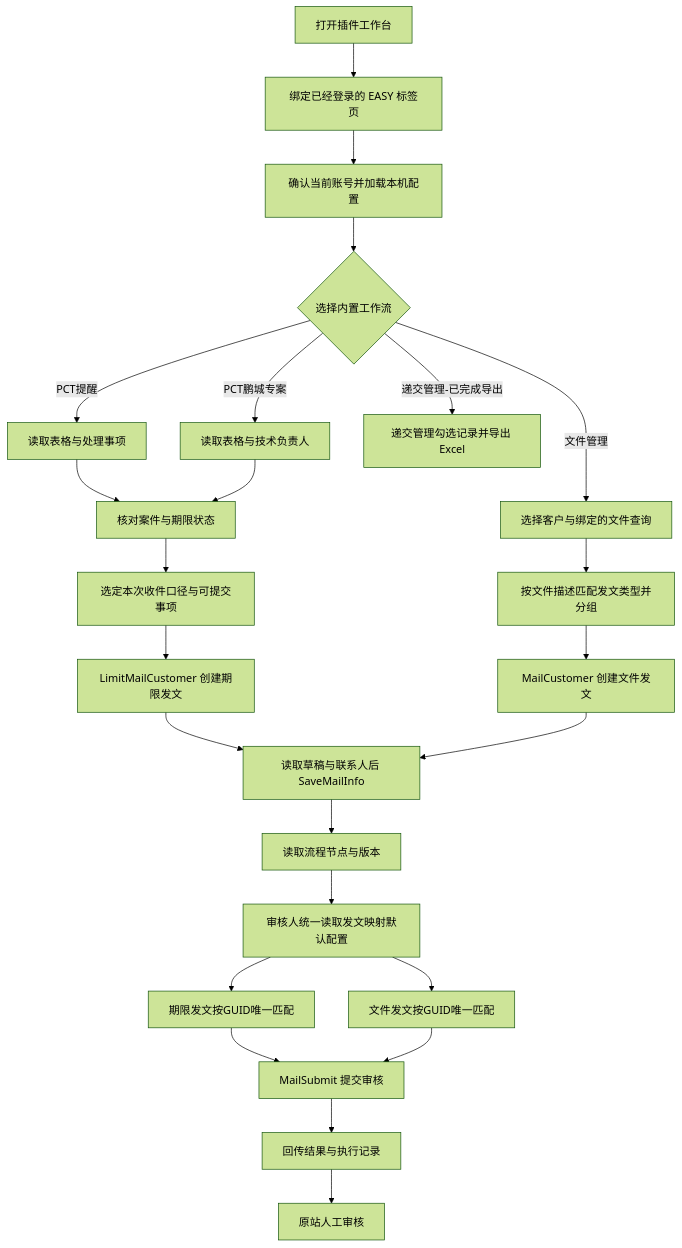
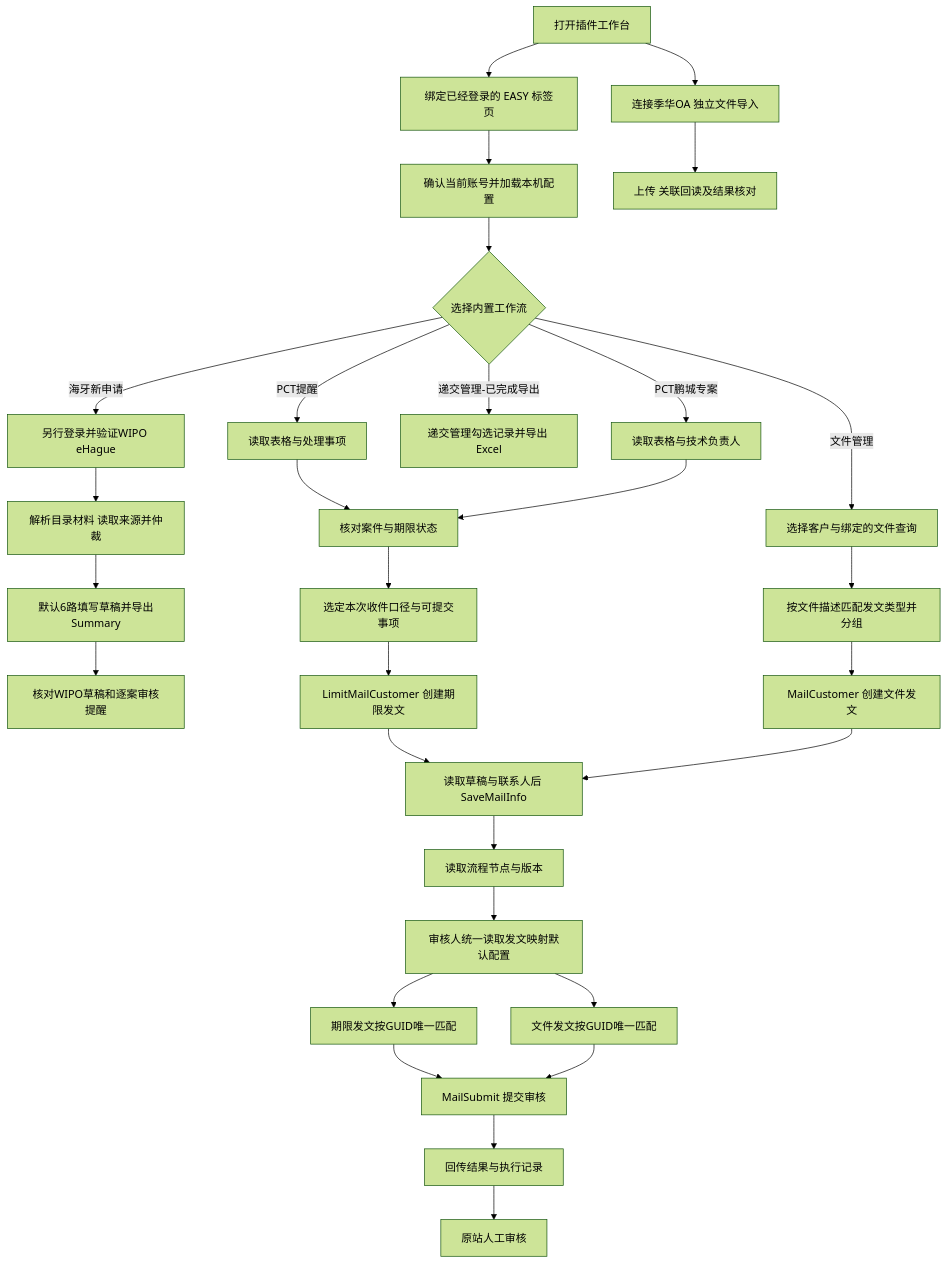
Before and after one commit to haohaizi233/patmail: the first of 2 diagrams in patmail-extension/docs/workflows/README.md, drawn with Mermaid (forest theme). The commit also changed other lines of this file and 10 other files, not shown here.

````diff
--- a/patmail-extension/docs/workflows/README.md
+++ b/patmail-extension/docs/workflows/README.md
@@ -25,29 +26,37 @@
 ```mermaid
 flowchart TD
   A[打开插件工作台] --> B[绑定已经登录的 EASY 标签页]
   B --> C[确认当前账号并加载本机配置]
   C --> D{选择内置工作流}
   D -->|PCT提醒| P[读取表格与处理事项]
   D -->|PCT鹏城专案| Q[读取表格与技术负责人]
   D -->|文件管理| F[选择客户与绑定的文件查询]
   D -->|递交管理-已完成导出| X[递交管理勾选记录并导出 Excel]
+  A --> JA[连接季华OA 独立文件导入]
+  JA --> JZ[上传 关联回读及结果核对]
+  D -->|海牙新申请| HA[另行登录并验证WIPO eHague]
+  HA --> HB[解析目录材料 读取来源并仲裁]
+  HB --> HC[默认6路填写草稿并导出Summary]
+  HC --> HZ[核对WIPO草稿和逐案审核提醒]
   P --> L[核对案件与期限状态]
   Q --> L
   L --> R[选定本次收件口径与可提交事项]
   R --> LC[LimitMailCustomer 创建期限发文]
   F --> M[按文件描述匹配发文类型并分组]
   M --> FC[MailCustomer 创建文件发文]
   LC --> S[读取草稿与联系人后 SaveMailInfo]
   FC --> S
   S --> G[读取流程节点与版本]
   G --> K[审核人统一读取发文映射默认配置]
   K --> U[期限发文按GUID唯一匹配]
   K --> V[文件发文按GUID唯一匹配]
   U --> T[MailSubmit 提交审核]
   V --> T
   T --> Z[回传结果与执行记录]
   Z --> H[原站人工审核]
   class A pmStep
   class D pmDecision
   class H pmSuccess
+  class JA,HA,HB,HC pmStep
+  class JZ,HZ pmSuccess
 ```
````
